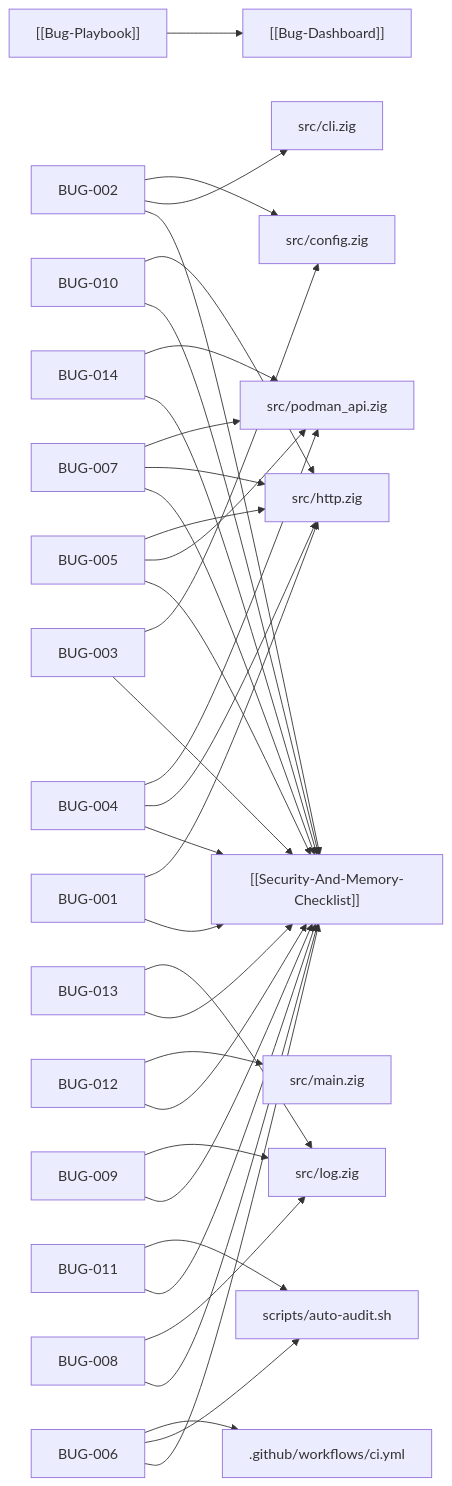
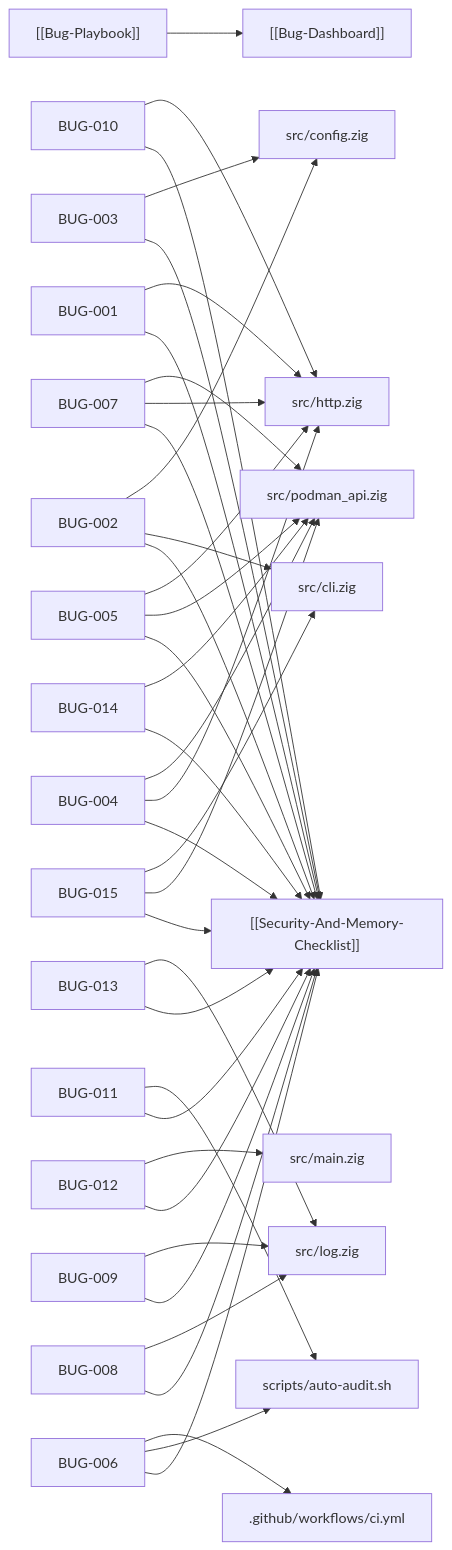
The diagram in docs/vault/Bug-Dashboard.md (srayuth202510-byte/zigpodza), drawn with Mermaid before and after one commit. The commit also changed other lines of this file and 11 other files, not shown here.

````diff
--- a/docs/vault/Bug-Dashboard.md
+++ b/docs/vault/Bug-Dashboard.md
@@ -29,37 +29,40 @@
 ```mermaid
 flowchart LR
     PLAYBOOK["[[Bug-Playbook]]"] --> DASH["[[Bug-Dashboard]]"]
     BUG001["BUG-001"] --> SEC["[[Security-And-Memory-Checklist]]"]
     BUG001 --> src_http_zig["src/http.zig"]
     BUG002["BUG-002"] --> SEC["[[Security-And-Memory-Checklist]]"]
     BUG002 --> src_cli_zig["src/cli.zig"]
     BUG002 --> src_config_zig["src/config.zig"]
     BUG003["BUG-003"] --> SEC["[[Security-And-Memory-Checklist]]"]
     BUG003 --> src_config_zig["src/config.zig"]
     BUG004["BUG-004"] --> SEC["[[Security-And-Memory-Checklist]]"]
     BUG004 --> src_http_zig["src/http.zig"]
     BUG004 --> src_podman_api_zig["src/podman_api.zig"]
     BUG005["BUG-005"] --> SEC["[[Security-And-Memory-Checklist]]"]
     BUG005 --> src_podman_api_zig["src/podman_api.zig"]
     BUG005 --> src_http_zig["src/http.zig"]
     BUG006["BUG-006"] --> SEC["[[Security-And-Memory-Checklist]]"]
     BUG006 --> scripts_auto_audit_sh["scripts/auto-audit.sh"]
     BUG006 --> _github_workflows_ci_yml[".github/workflows/ci.yml"]
     BUG007["BUG-007"] --> SEC["[[Security-And-Memory-Checklist]]"]
     BUG007 --> src_http_zig["src/http.zig"]
     BUG007 --> src_podman_api_zig["src/podman_api.zig"]
     BUG008["BUG-008"] --> SEC["[[Security-And-Memory-Checklist]]"]
     BUG008 --> src_log_zig["src/log.zig"]
     BUG009["BUG-009"] --> SEC["[[Security-And-Memory-Checklist]]"]
     BUG009 --> src_log_zig["src/log.zig"]
     BUG010["BUG-010"] --> SEC["[[Security-And-Memory-Checklist]]"]
     BUG010 --> src_http_zig["src/http.zig"]
     BUG011["BUG-011"] --> SEC["[[Security-And-Memory-Checklist]]"]
     BUG011 --> scripts_auto_audit_sh["scripts/auto-audit.sh"]
     BUG012["BUG-012"] --> SEC["[[Security-And-Memory-Checklist]]"]
     BUG012 --> src_main_zig["src/main.zig"]
     BUG013["BUG-013"] --> SEC["[[Security-And-Memory-Checklist]]"]
     BUG013 --> src_log_zig["src/log.zig"]
     BUG014["BUG-014"] --> SEC["[[Security-And-Memory-Checklist]]"]
     BUG014 --> src_podman_api_zig["src/podman_api.zig"]
+    BUG015["BUG-015"] --> SEC["[[Security-And-Memory-Checklist]]"]
+    BUG015 --> src_podman_api_zig["src/podman_api.zig"]
+    BUG015 --> src_cli_zig["src/cli.zig"]
 ```
````
